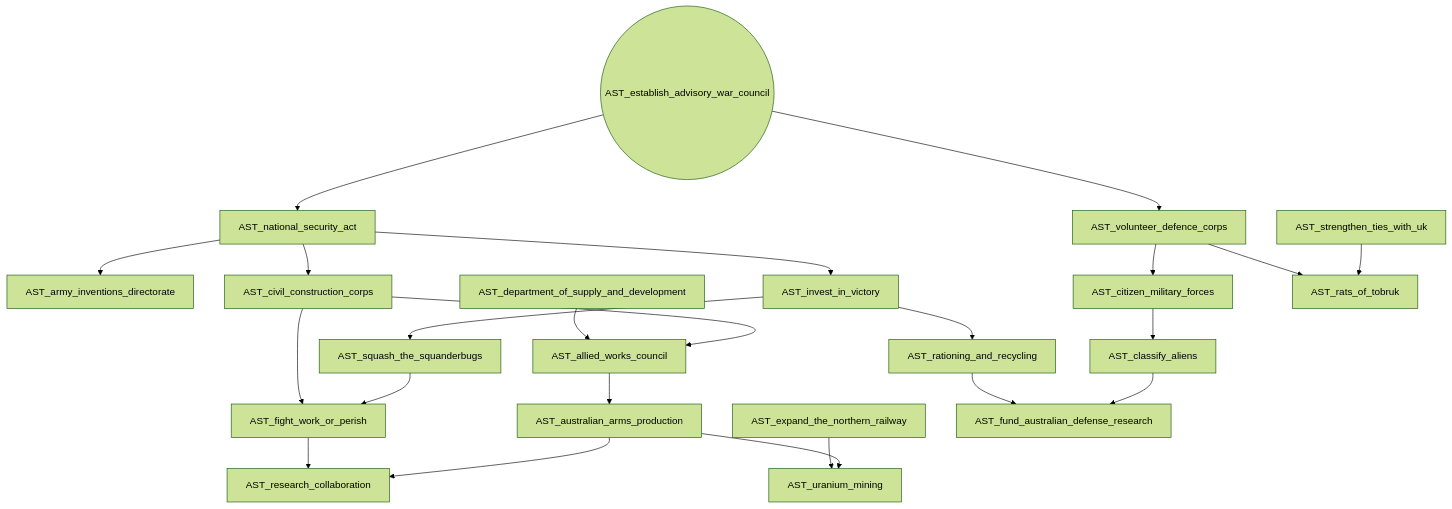
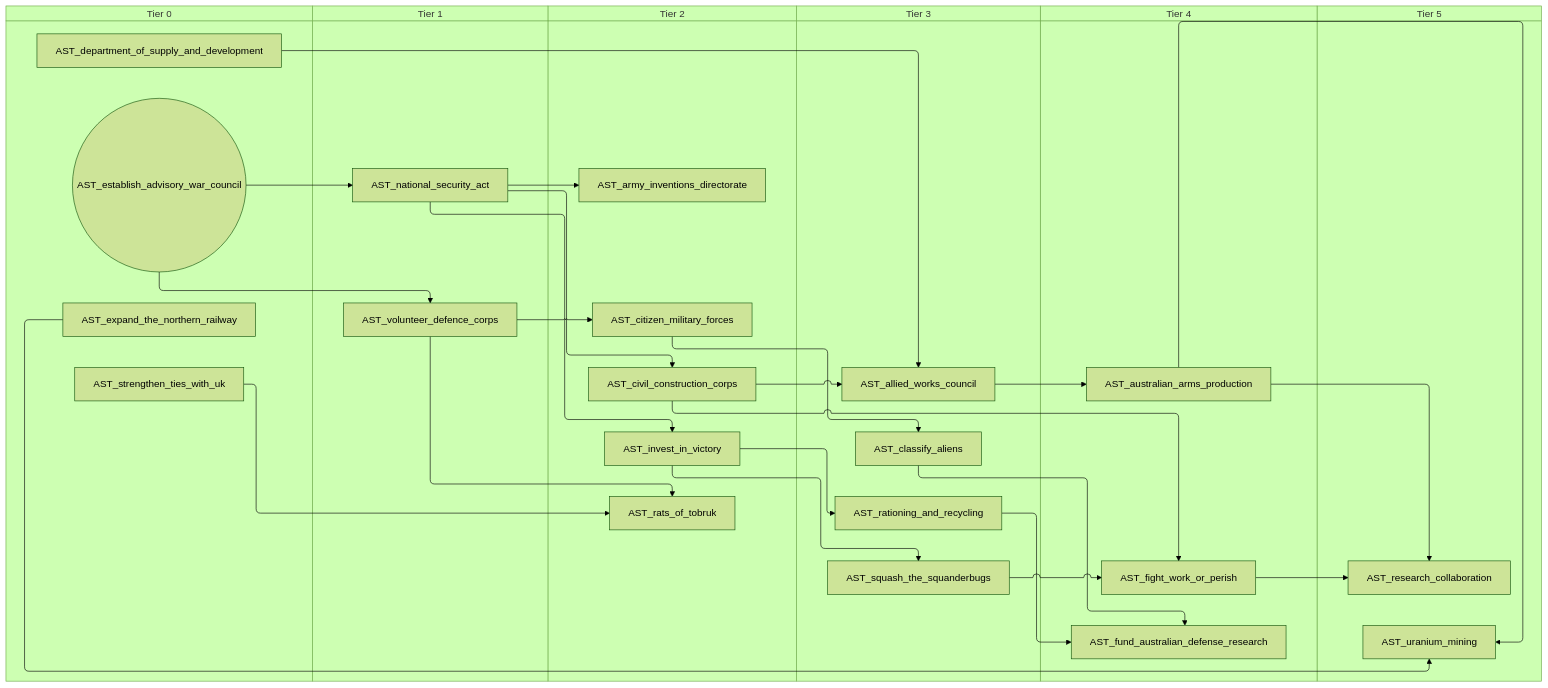
One commit to evgeny-sobol/hoi4-sandbox-mode changed the third of 9 diagrams in docs/gdd/National Focuses/australia.md. Above: the diagram before and after it, drawn with Mermaid (forest theme). The commit also changed other lines of this file and 80 other files, not shown here.

First line of the commit message:
Add swimlane mode to focus graph exporter

````diff
--- a/docs/gdd/National Focuses/australia.md
+++ b/docs/gdd/National Focuses/australia.md
@@ -70,45 +92,57 @@
 ```mermaid
-flowchart TD
-    n26["AST_allied_works_council"]
-    n27["AST_army_inventions_directorate"]
-    n28["AST_australian_arms_production"]
-    n29["AST_citizen_military_forces"]
-    n30["AST_civil_construction_corps"]
-    n31["AST_classify_aliens"]
-    n32["AST_department_of_supply_and_development"]
-    n33(("AST_establish_advisory_war_council"))
-    n34["AST_expand_the_northern_railway"]
-    n35["AST_fight_work_or_perish"]
-    n36["AST_fund_australian_defense_research"]
-    n37["AST_invest_in_victory"]
-    n38["AST_national_security_act"]
-    n39["AST_rationing_and_recycling"]
-    n40["AST_rats_of_tobruk"]
-    n41["AST_research_collaboration"]
-    n42["AST_squash_the_squanderbugs"]
-    n43["AST_strengthen_ties_with_uk"]
-    n44["AST_uranium_mining"]
-    n45["AST_volunteer_defence_corps"]
-    n32 --> n26
-    n30 --> n26
-    n38 --> n27
-    n26 --> n28
-    n45 --> n29
-    n38 --> n30
-    n29 --> n31
+swimlane-beta TD
+    subgraph tier_0["Tier 0"]
+        n26["AST_department_of_supply_and_development"]
+        n27(("AST_establish_advisory_war_council"))
+        n28["AST_expand_the_northern_railway"]
+        n29["AST_strengthen_ties_with_uk"]
+    end
+    subgraph tier_1["Tier 1"]
+        n30["AST_national_security_act"]
+        n31["AST_volunteer_defence_corps"]
+    end
+    subgraph tier_2["Tier 2"]
+        n32["AST_army_inventions_directorate"]
+        n33["AST_citizen_military_forces"]
+        n34["AST_civil_construction_corps"]
+        n35["AST_invest_in_victory"]
+        n36["AST_rats_of_tobruk"]
+    end
+    subgraph tier_3["Tier 3"]
+        n37["AST_allied_works_council"]
+        n38["AST_classify_aliens"]
+        n39["AST_rationing_and_recycling"]
+        n40["AST_squash_the_squanderbugs"]
+    end
+    subgraph tier_4["Tier 4"]
+        n41["AST_australian_arms_production"]
+        n42["AST_fight_work_or_perish"]
+        n43["AST_fund_australian_defense_research"]
+    end
+    subgraph tier_5["Tier 5"]
+        n44["AST_research_collaboration"]
+        n45["AST_uranium_mining"]
+    end
+    n26 --> n37
+    n34 --> n37
+    n30 --> n32
+    n37 --> n41
+    n31 --> n33
+    n30 --> n34
+    n33 --> n38
+    n34 --> n42
+    n40 --> n42
+    n39 --> n43
+    n38 --> n43
     n30 --> n35
-    n42 --> n35
-    n39 --> n36
+    n27 --> n30
+    n35 --> n39
     n31 --> n36
-    n38 --> n37
-    n33 --> n38
-    n37 --> n39
-    n45 --> n40
-    n43 --> n40
-    n35 --> n41
-    n28 --> n41
-    n37 --> n42
-    n34 --> n44
-    n28 --> n44
-    n33 --> n45
+    n29 --> n36
+    n42 --> n44
+    n41 --> n44
+    n35 --> n40
+    n28 --> n45
+    n41 --> n45
+    n27 --> n31
 ```
````
